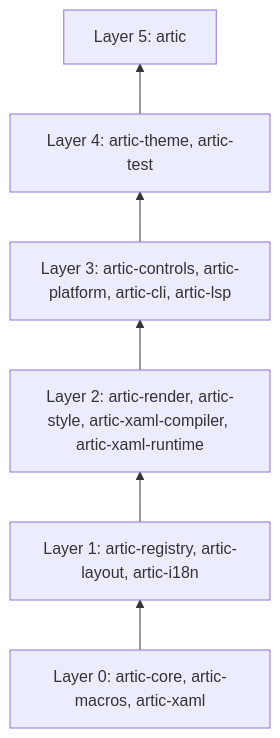
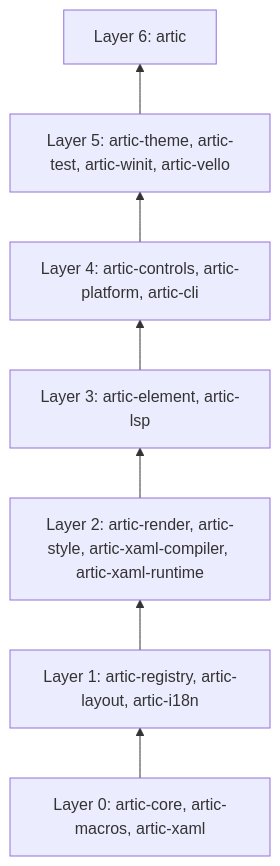
One commit to wolfware-labs/Artic changed the diagram in README.md. Above: the diagram before and after it, drawn with Mermaid. The commit also changed other lines of this file and 2 other files, not shown here.

First line of the commit message:
docs: bring the README's crates and layers in line with the architecture

````diff
--- a/README.md
+++ b/README.md
@@ -82,10 +84,11 @@
 ```mermaid
 flowchart BT
   L0["Layer 0: artic-core, artic-macros, artic-xaml"]
   L1["Layer 1: artic-registry, artic-layout, artic-i18n"]
   L2["Layer 2: artic-render, artic-style, artic-xaml-compiler, artic-xaml-runtime"]
-  L3["Layer 3: artic-controls, artic-platform, artic-cli, artic-lsp"]
-  L4["Layer 4: artic-theme, artic-test"]
-  L5["Layer 5: artic"]
-  L0 --> L1 --> L2 --> L3 --> L4 --> L5
+  L3["Layer 3: artic-element, artic-lsp"]
+  L4["Layer 4: artic-controls, artic-platform, artic-cli"]
+  L5["Layer 5: artic-theme, artic-test, artic-winit, artic-vello"]
+  L6["Layer 6: artic"]
+  L0 --> L1 --> L2 --> L3 --> L4 --> L5 --> L6
 ```
````
